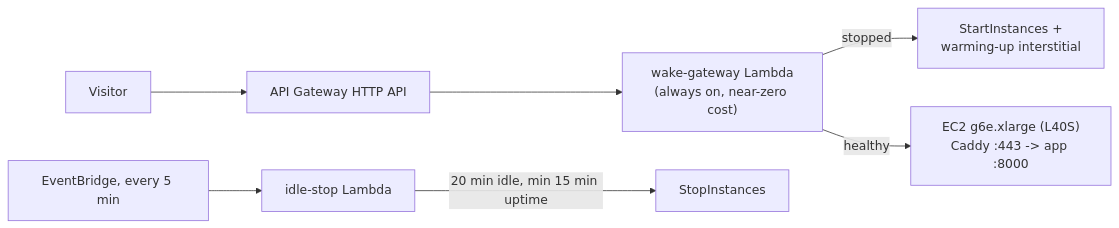
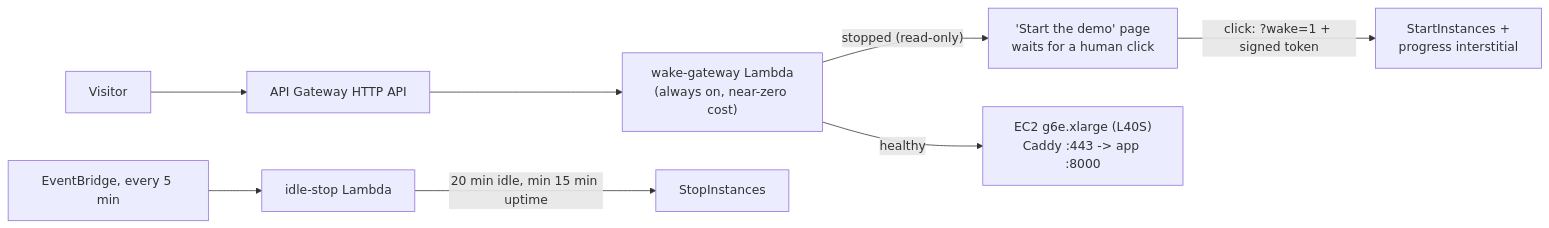
Before and after one commit to vjkarthik98/MULTIMODAL-AGENTIC-RAG-INTEGRATED-KNOWLEDGE-AI-ASSISTANT: the third of 3 diagrams in README.md, drawn with Mermaid. The commit also changed other lines of this file and 7 other files, not shown here.

Commit message:
fix: wake gateway starts the GPU only on an explicit human click

````diff
--- a/README.md
+++ b/README.md
@@ -520,9 +523,10 @@
 ```mermaid
 flowchart LR
     V["Visitor"] --> GW["API Gateway HTTP API"]
     GW --> WL["wake-gateway Lambda<br/>(always on, near-zero cost)"]
-    WL -- "stopped" --> ST["StartInstances +<br/>warming-up interstitial"]
+    WL -- "stopped (read-only)" --> ASLEEP["'Start the demo' page<br/>waits for a human click"]
+    ASLEEP -- "click: ?wake=1 + signed token" --> ST["StartInstances +<br/>progress interstitial"]
     WL -- "healthy" --> EC2["EC2 g6e.xlarge (L40S)<br/>Caddy :443 -> app :8000"]
     EB["EventBridge, every 5 min"] --> IL["idle-stop Lambda"]
     IL -- "20 min idle, min 15 min uptime" --> STOP["StopInstances"]
 ```
````
